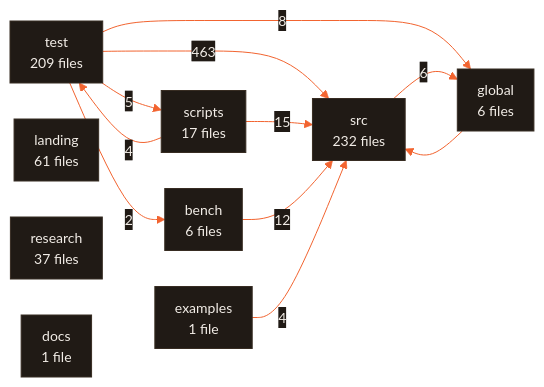
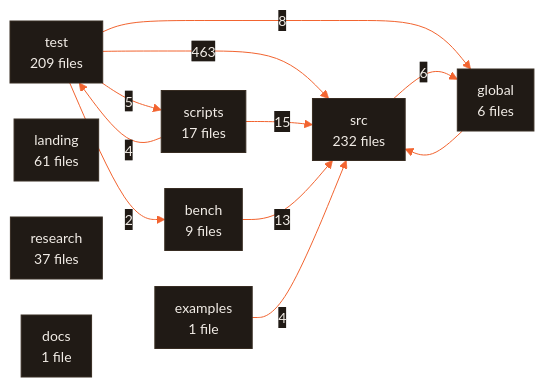
The diagram in ARCHITECTURE.md (CodeWithJuber/forgekit), drawn with Mermaid before and after one commit.

Commit message:
Refresh generated documentation for this layer

````diff
--- a/ARCHITECTURE.md
+++ b/ARCHITECTURE.md
@@ -677,23 +677,23 @@
 ```mermaid
 %%{init: {'theme':'base','themeVariables':{'primaryColor':'#201a15','primaryTextColor':'#f2ede7','primaryBorderColor':'#372c22','lineColor':'#f26430','secondaryColor':'#272019','tertiaryColor':'#171310','edgeLabelBackground':'#201a15','clusterBkg':'#171310','clusterBorder':'#4a3b2e','fontFamily':'ui-sans-serif, system-ui, sans-serif','fontSize':'14px'},'flowchart':{'curve':'basis','padding':10,'nodeSpacing':36,'rankSpacing':44}}}%%
 flowchart LR
   src["src<br/>232 files"]
   test["test<br/>209 files"]
   landing["landing<br/>61 files"]
   research["research<br/>37 files"]
   scripts["scripts<br/>17 files"]
-  bench["bench<br/>6 files"]
+  bench["bench<br/>9 files"]
   global["global<br/>6 files"]
   docs["docs<br/>1 file"]
   examples["examples<br/>1 file"]
   test -- 463 --> src
   scripts -- 15 --> src
-  bench -- 12 --> src
+  bench -- 13 --> src
   test -- 8 --> global
   src -- 6 --> global
   test -- 5 --> scripts
   examples -- 4 --> src
   scripts -- 4 --> test
   test -- 2 --> bench
   global --> src
 ```
````
